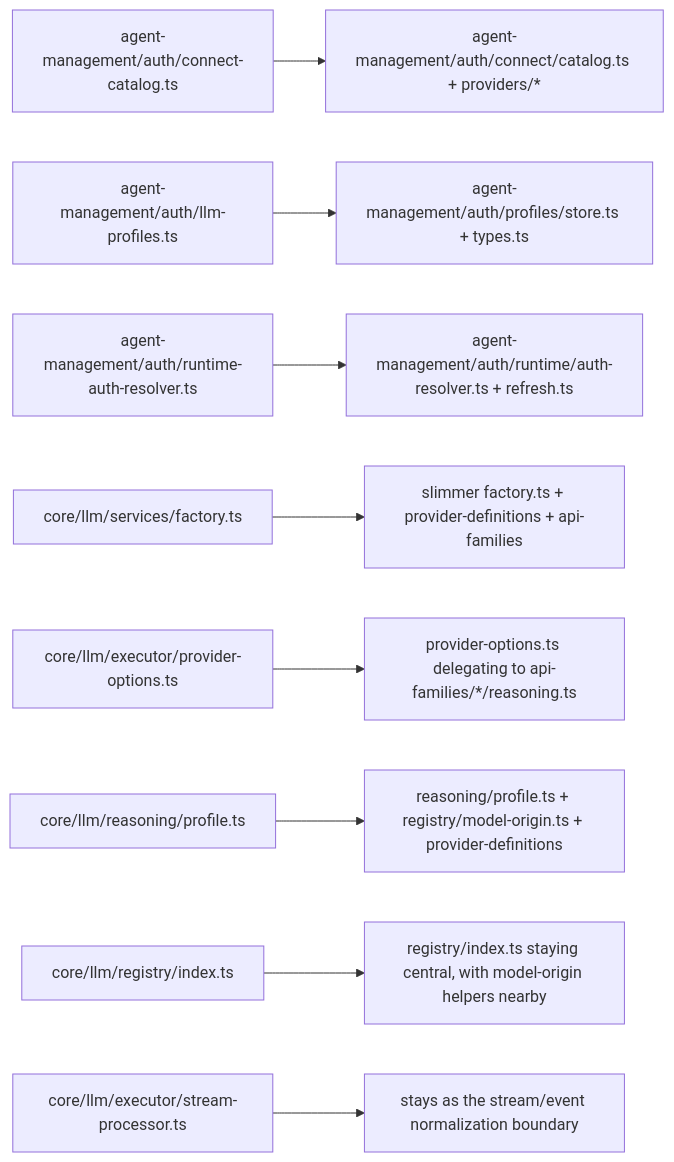
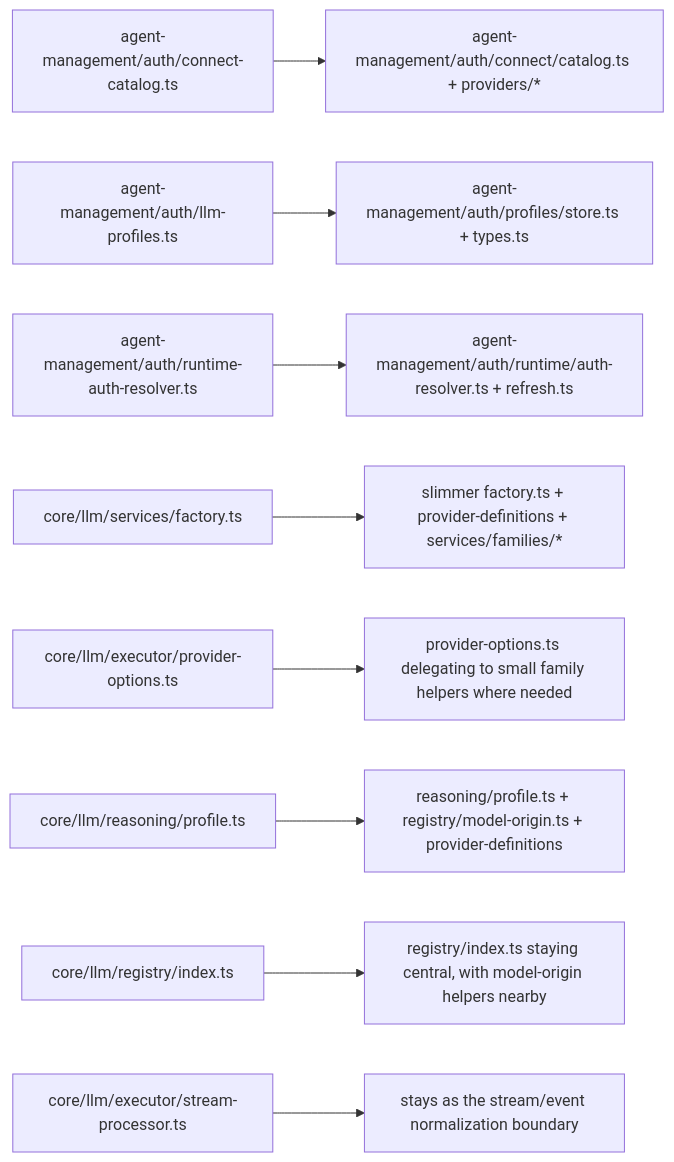
Before and after one commit to truffle-ai/dexto: the third of 4 diagrams in feature-plans/oauth-and-more-providers/v2/PROPOSED_MODULE_TREE.md, drawn with Mermaid. The commit also changed other lines of this file, not shown here.

````diff
--- a/feature-plans/oauth-and-more-providers/v2/PROPOSED_MODULE_TREE.md
+++ b/feature-plans/oauth-and-more-providers/v2/PROPOSED_MODULE_TREE.md
@@ -393,12 +359,12 @@
 ```mermaid
 flowchart LR
     A["agent-management/auth/connect-catalog.ts"] --> A2["agent-management/auth/connect/catalog.ts + providers/*"]
     B["agent-management/auth/llm-profiles.ts"] --> B2["agent-management/auth/profiles/store.ts + types.ts"]
     C["agent-management/auth/runtime-auth-resolver.ts"] --> C2["agent-management/auth/runtime/auth-resolver.ts + refresh.ts"]
 
-    D["core/llm/services/factory.ts"] --> D2["slimmer factory.ts + provider-definitions + api-families"]
-    E["core/llm/executor/provider-options.ts"] --> E2["provider-options.ts delegating to api-families/*/reasoning.ts"]
+    D["core/llm/services/factory.ts"] --> D2["slimmer factory.ts + provider-definitions + services/families/*"]
+    E["core/llm/executor/provider-options.ts"] --> E2["provider-options.ts delegating to small family helpers where needed"]
     F["core/llm/reasoning/profile.ts"] --> F2["reasoning/profile.ts + registry/model-origin.ts + provider-definitions"]
     G["core/llm/registry/index.ts"] --> G2["registry/index.ts staying central, with model-origin helpers nearby"]
     H["core/llm/executor/stream-processor.ts"] --> H2["stays as the stream/event normalization boundary"]
 ```
````
